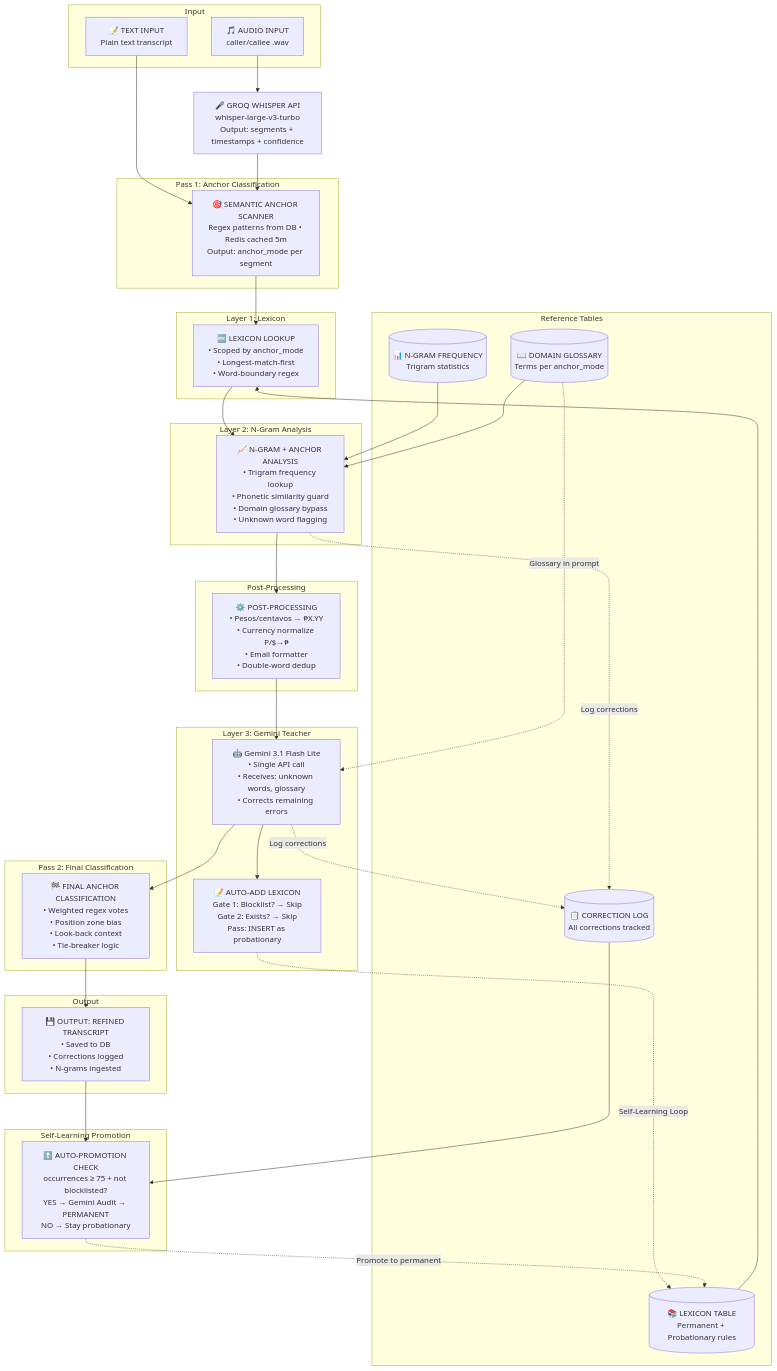
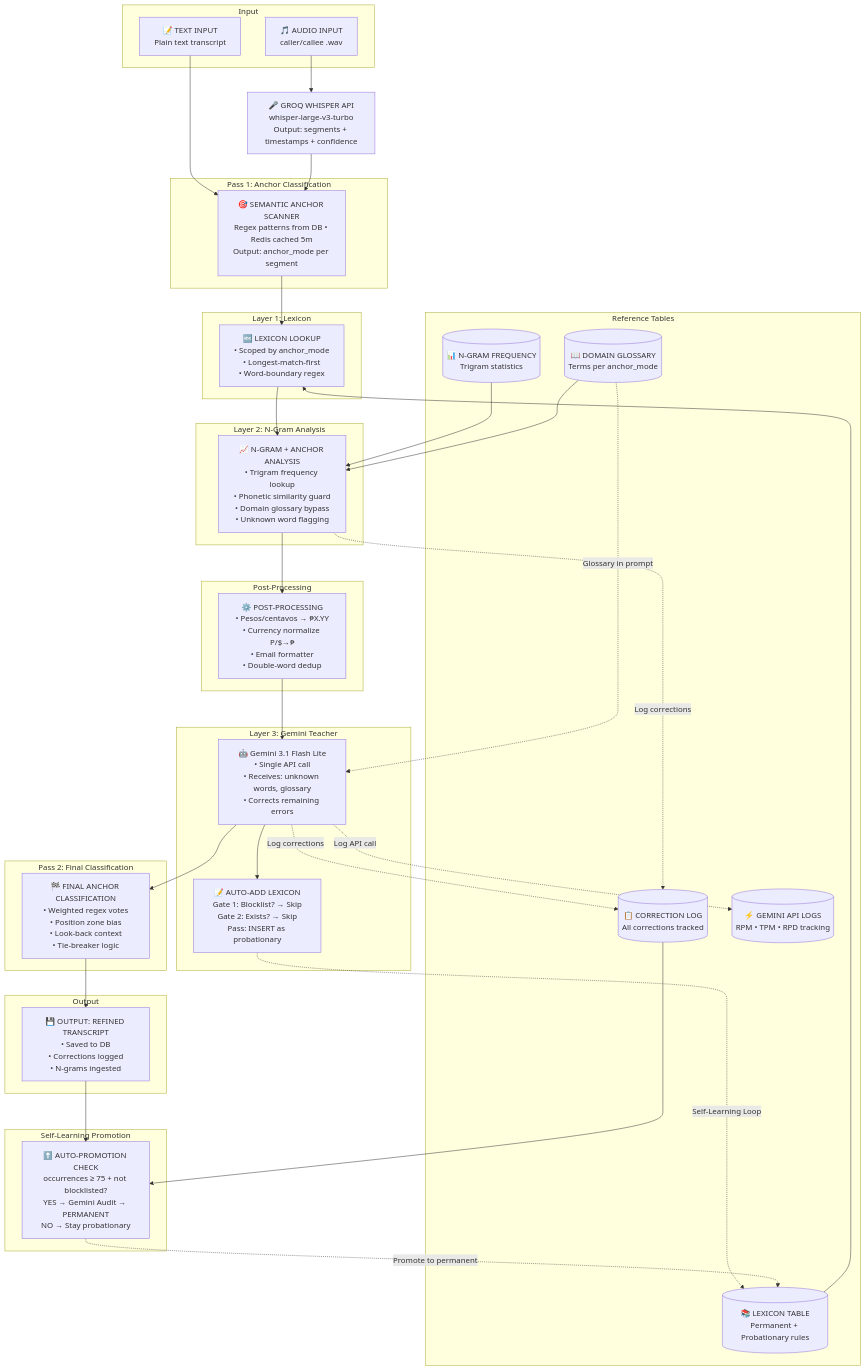
Before and after one commit to vincentperezzz/Self-Learning-Transcript-Refiner-Project: the first of 2 diagrams in SYSTEM_DOCUMENTATION.md, drawn with Mermaid. The commit also changed other lines of this file and 11 other files, not shown here.

First line of the commit message:
feat: Implement Gemini API call logging and token usage tracking

````diff
--- a/SYSTEM_DOCUMENTATION.md
+++ b/SYSTEM_DOCUMENTATION.md
@@ -741,75 +741,77 @@
 ```mermaid
 flowchart TD
     subgraph Input
         A[🎵 AUDIO INPUT<br/>caller/callee .wav]
         T[📝 TEXT INPUT<br/>Plain text transcript]
     end
     
     A --> B[🎤 GROQ WHISPER API<br/>whisper-large-v3-turbo<br/>Output: segments + timestamps + confidence]
     T --> P1
     B --> P1
     
     subgraph Pass1[Pass 1: Anchor Classification]
         P1[🎯 SEMANTIC ANCHOR SCANNER<br/>Regex patterns from DB • Redis cached 5m<br/>Output: anchor_mode per segment]
     end
     
     P1 --> L1
     
     subgraph Tables[Reference Tables]
         LEX[(📚 LEXICON TABLE<br/>Permanent + Probationary rules)]
         GLOSS[(📖 DOMAIN GLOSSARY<br/>Terms per anchor_mode)]
         NGRAM[(📊 N-GRAM FREQUENCY<br/>Trigram statistics)]
         CLOG[(📋 CORRECTION LOG<br/>All corrections tracked)]
+        GLOG[(⚡ GEMINI API LOGS<br/>RPM • TPM • RPD tracking)]
     end
     
     subgraph L1Layer[Layer 1: Lexicon]
         L1[🔤 LEXICON LOOKUP<br/>• Scoped by anchor_mode<br/>• Longest-match-first<br/>• Word-boundary regex]
     end
     
     LEX --> L1
     L1 --> L2
     
     subgraph L2Layer[Layer 2: N-Gram Analysis]
         L2[📈 N-GRAM + ANCHOR ANALYSIS<br/>• Trigram frequency lookup<br/>• Phonetic similarity guard<br/>• Domain glossary bypass<br/>• Unknown word flagging]
     end
     
     NGRAM --> L2
     GLOSS --> L2
     L2 --> POST
     L2 -.->|Log corrections| CLOG
     
     subgraph PostProc[Post-Processing]
         POST[⚙️ POST-PROCESSING<br/>• Pesos/centavos → ₱X.YY<br/>• Currency normalize P/$→₱<br/>• Email formatter<br/>• Double-word dedup]
     end
     
     POST --> L3
     
     subgraph L3Layer[Layer 3: Gemini Teacher]
         L3[🤖 Gemini 3.1 Flash Lite<br/>• Single API call<br/>• Receives: unknown words, glossary<br/>• Corrects remaining errors]
         L3 --> LEARN[📝 AUTO-ADD LEXICON<br/>Gate 1: Blocklist? → Skip<br/>Gate 2: Exists? → Skip<br/>Pass: INSERT as probationary]
     end
     
     GLOSS -.->|Glossary in prompt| L3
     L3 -.->|Log corrections| CLOG
+    L3 -.->|Log API call| GLOG
     LEARN -.->|Self-Learning Loop| LEX
     L3 --> FIN
     
     subgraph FinalPass[Pass 2: Final Classification]
         FIN[🏁 FINAL ANCHOR CLASSIFICATION<br/>• Weighted regex votes<br/>• Position zone bias<br/>• Look-back context<br/>• Tie-breaker logic]
     end
     
     FIN --> OUT
     
     subgraph Output
         OUT[💾 OUTPUT: REFINED TRANSCRIPT<br/>• Saved to DB<br/>• Corrections logged<br/>• N-grams ingested]
     end
     
     OUT --> PROMO
     
     subgraph SelfLearn[Self-Learning Promotion]
         PROMO[⬆️ AUTO-PROMOTION CHECK<br/>occurrences ≥ 75 + not blocklisted?<br/>YES → Gemini Audit → PERMANENT<br/>NO → Stay probationary]
     end
     
     CLOG --> PROMO
     PROMO -.->|Promote to permanent| LEX
 ```
````
